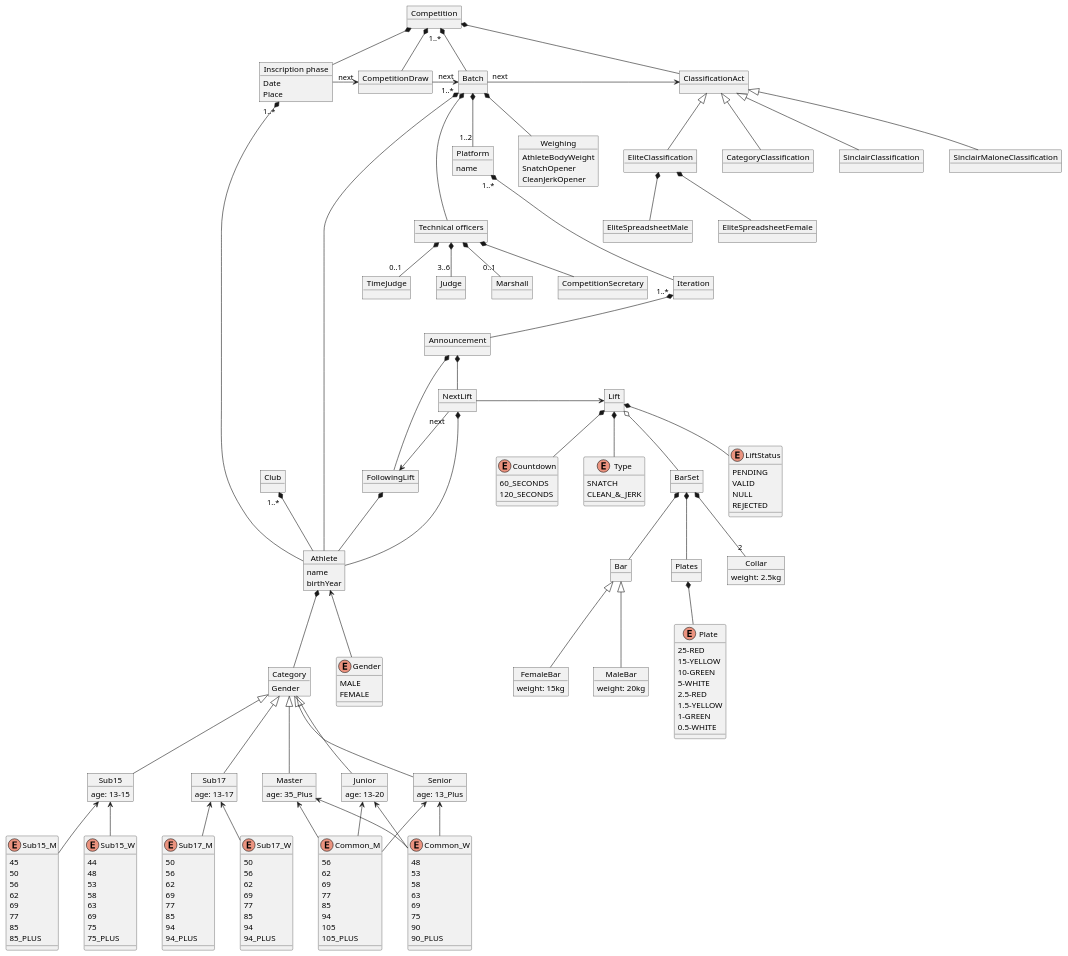
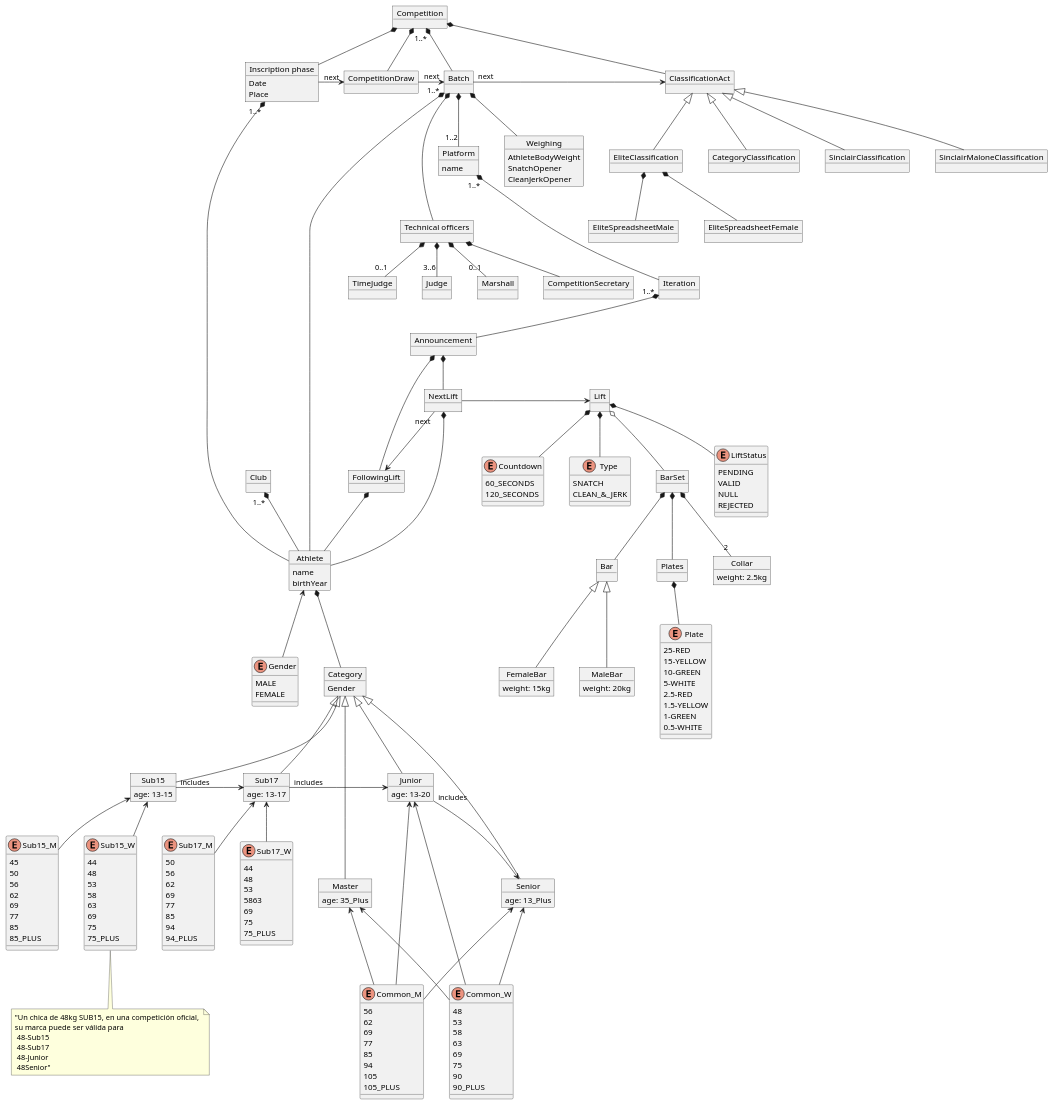
The diagram in diagrams/modelDomain/competitionDomainModel.puml (zuldare/mastercloud_pfm_halterocms), drawn with PlantUML before and after one commit.

Commit message:
Added actors

```diff
--- a/diagrams/modelDomain/competitionDomainModel.puml
+++ b/diagrams/modelDomain/competitionDomainModel.puml
@@ -101,6 +101,9 @@
   age: 35_Plus
 }
 
+Sub15 "includes" --right-> Sub17
+Sub17 "includes" --right-> Junior
+Junior "includes" --> Senior
 enum Sub15_M {
   45
   50
@@ -123,6 +126,8 @@
  75_PLUS
 }
 
+note bottom of Sub15_W : "Un chica de 48kg SUB15, en una competición oficial, \nsu marca puede ser válida para \n 48-Sub15 \n 48-Sub17 \n 48-Junior \n 48Senior"
+
 enum Sub17_M {
   50
   56
@@ -135,14 +140,13 @@
 }
 
 enum Sub17_W {
- 50
- 56
- 62
+ 44
+ 48
+ 53
+ 5863
  69
- 77
- 85
- 94
- 94_PLUS
+ 75
+ 75_PLUS
 }
 
 enum Common_M {
@@ -220,11 +224,12 @@
 Bar <|-- MaleBar
 Plates *-- Plate
 
+Category <|-- Master
 Category <|-- Sub15
 Category <|-- Sub17
 Category <|-- Junior
 Category <|-- Senior
-Category <|-- Master
+
 
 Sub15 <-- Sub15_W
 Sub15 <-- Sub15_M
```
